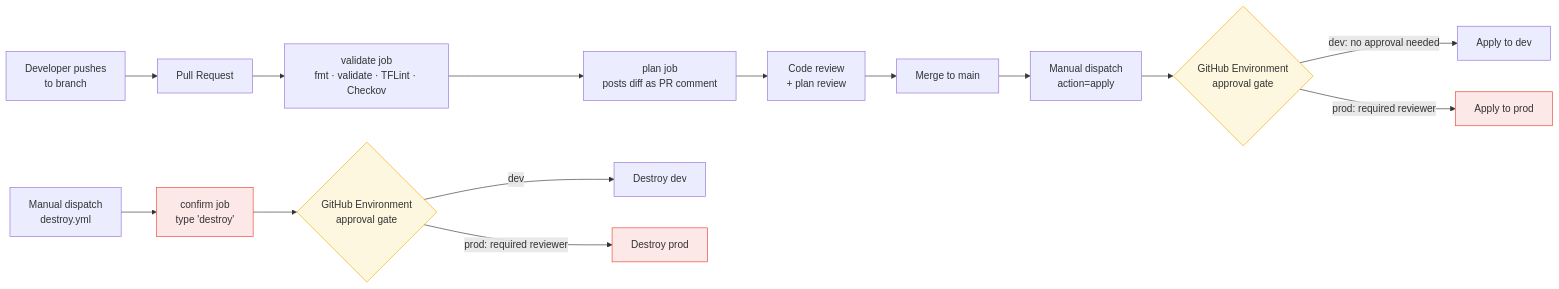
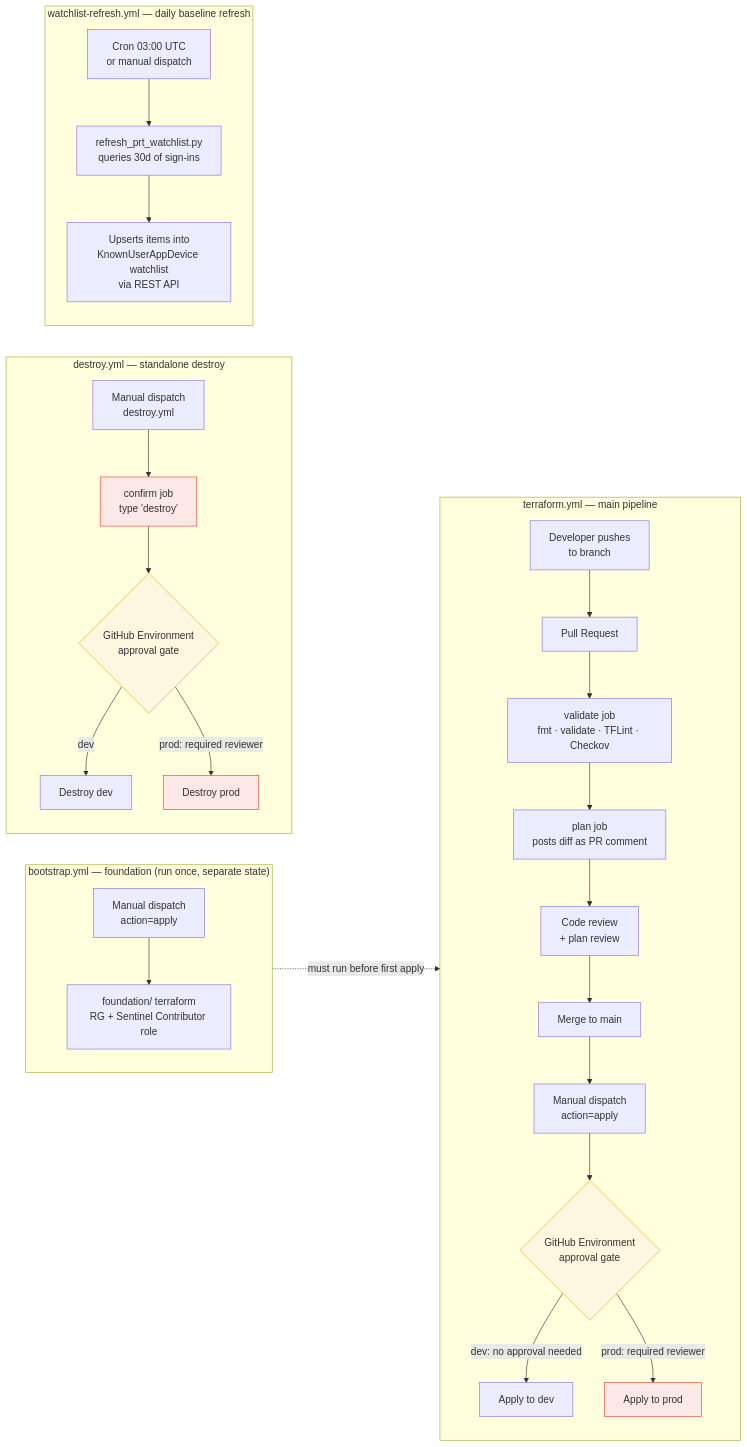
The second of 2 diagrams in README.md (levismwangi/iam_project), drawn with Mermaid before and after one commit. The commit also changed other lines of this file, not shown here.

Commit message:
update pipeline arch diagram in README

````diff
--- a/README.md
+++ b/README.md
@@ -43,23 +45,38 @@
 ```mermaid
 flowchart LR
-    Dev["Developer pushes\nto branch"] --> PR["Pull Request"]
-    PR --> Validate["validate job\nfmt · validate · TFLint · Checkov"]
-    Validate --> Plan["plan job\nposts diff as PR comment"]
-    Plan --> Review["Code review\n+ plan review"]
-    Review --> Merge["Merge to main"]
-    Merge --> Dispatch["Manual dispatch\naction=apply"]
-    Dispatch --> Gate{"GitHub Environment\napproval gate"}
-    Gate -->|dev: no approval needed| ApplyDev["Apply to dev"]
-    Gate -->|prod: required reviewer| ApplyProd["Apply to prod"]
+    subgraph Foundation["bootstrap.yml — foundation (run once, separate state)"]
+        FTrigger["Manual dispatch\naction=apply"] --> FTF["foundation/ terraform\nRG + Sentinel Contributor role"]
+    end
 
-    DestroyTrigger["Manual dispatch\ndestroy.yml"] --> Confirm["confirm job\ntype 'destroy'"]
-    Confirm --> DestroyGate{"GitHub Environment\napproval gate"}
-    DestroyGate -->|dev| DestroyDev["Destroy dev"]
-    DestroyGate -->|prod: required reviewer| DestroyProd["Destroy prod"]
+    subgraph Main["terraform.yml — main pipeline"]
+        Dev["Developer pushes\nto branch"] --> PR["Pull Request"]
+        PR --> Validate["validate job\nfmt · validate · TFLint · Checkov"]
+        Validate --> Plan["plan job\nposts diff as PR comment"]
+        Plan --> Review["Code review\n+ plan review"]
+        Review --> Merge["Merge to main"]
+        Merge --> Dispatch["Manual dispatch\naction=apply"]
+        Dispatch --> Gate{"GitHub Environment\napproval gate"}
+        Gate -->|dev: no approval needed| ApplyDev["Apply to dev"]
+        Gate -->|prod: required reviewer| ApplyProd["Apply to prod"]
+    end
+
+    subgraph Destroy["destroy.yml — standalone destroy"]
+        DestroyTrigger["Manual dispatch\ndestroy.yml"] --> Confirm["confirm job\ntype 'destroy'"]
+        Confirm --> DestroyGate{"GitHub Environment\napproval gate"}
+        DestroyGate -->|dev| DestroyDev["Destroy dev"]
+        DestroyGate -->|prod: required reviewer| DestroyProd["Destroy prod"]
+    end
+
+    subgraph Watchlist["watchlist-refresh.yml — daily baseline refresh"]
+        WSchedule["Cron 03:00 UTC\nor manual dispatch"] --> WScript["refresh_prt_watchlist.py\nqueries 30d of sign-ins"]
+        WScript --> WUpsert["Upserts items into\nKnownUserAppDevice watchlist\nvia REST API"]
+    end
+
+    Foundation -.->|must run before first apply| Main
 
     style Gate fill:#fef7e0,stroke:#f9ab00
     style ApplyProd fill:#fce8e6,stroke:#ea4335
     style DestroyGate fill:#fef7e0,stroke:#f9ab00
     style DestroyProd fill:#fce8e6,stroke:#ea4335
     style Confirm fill:#fce8e6,stroke:#ea4335
 ```
````
